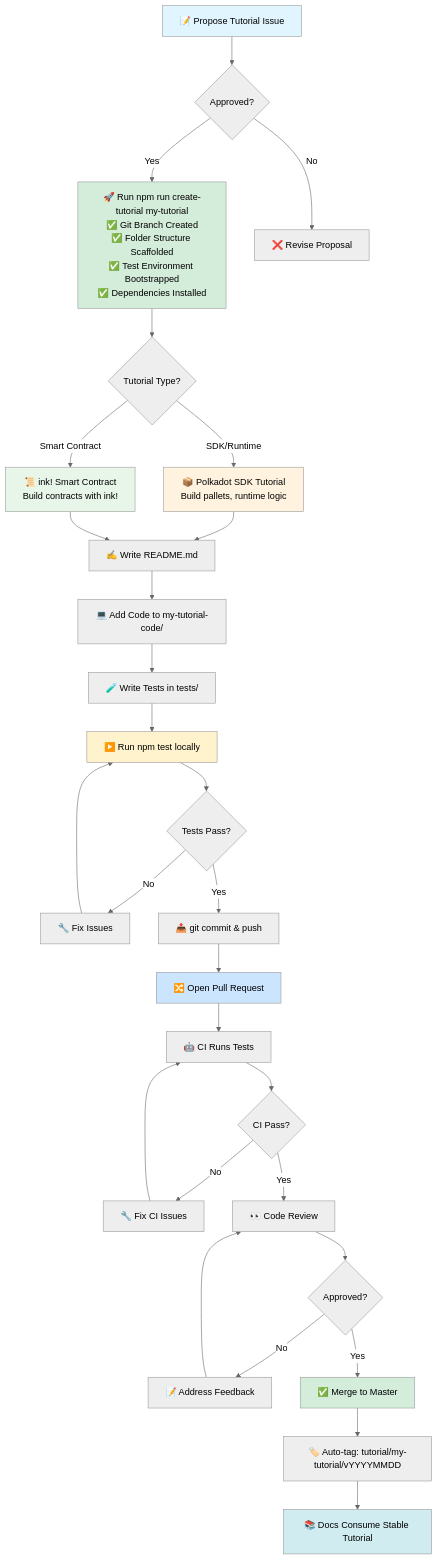
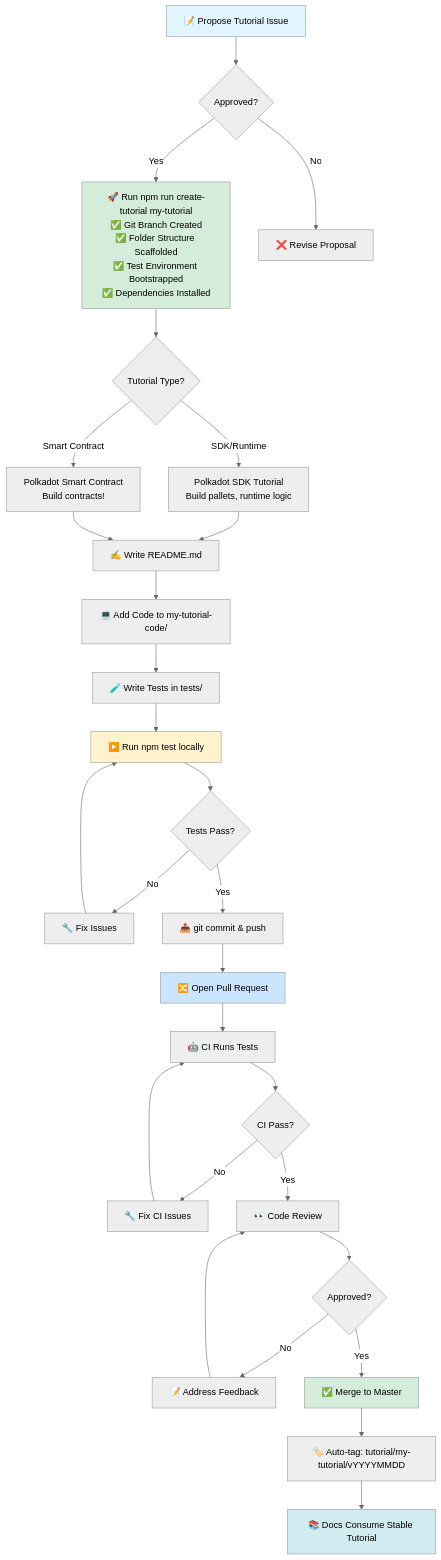
The diagram in .github/TUTORIAL_WORKFLOW.md (polkadot-developers/polkadot-cookbook), drawn with Mermaid (neutral theme) before and after one commit.

Commit message:
upade workflow

````diff
--- a/.github/TUTORIAL_WORKFLOW.md
+++ b/.github/TUTORIAL_WORKFLOW.md
@@ -5,45 +5,43 @@
 ```mermaid
 graph TD
     A[📝 Propose Tutorial Issue] --> B{Approved?}
     B -->|Yes| C["🚀 Run npm run create-tutorial my-tutorial<br/>✅ Git Branch Created<br/>✅ Folder Structure Scaffolded<br/>✅ Test Environment Bootstrapped<br/>✅ Dependencies Installed"]
     B -->|No| Z[❌ Revise Proposal]
 
     C --> TT{Tutorial Type?}
-    TT -->|SDK/Runtime| SDK[📦 Polkadot SDK Tutorial<br/>Build pallets, runtime logic]
-    TT -->|Smart Contract| SC[📜 ink! Smart Contract<br/>Build contracts with ink!]
+    TT -->|SDK/Runtime| SDK[ Polkadot SDK Tutorial<br/>Build pallets, runtime logic]
+    TT -->|Smart Contract| SC[Polkadot Smart Contract<br/>Build contracts!]
 
     SDK --> H[✍️ Write README.md]
     SC --> H
     H --> I[💻 Add Code to my-tutorial-code/]
     I --> J[🧪 Write Tests in tests/]
 
     J --> K[▶️ Run npm test locally]
     K --> L{Tests Pass?}
     L -->|No| M[🔧 Fix Issues]
     M --> K
     L -->|Yes| N[📤 git commit & push]
 
     N --> O[🔀 Open Pull Request]
     O --> P[🤖 CI Runs Tests]
     P --> Q{CI Pass?}
     Q -->|No| R[🔧 Fix CI Issues]
     R --> P
     Q -->|Yes| S[👀 Code Review]
 
     S --> T{Approved?}
     T -->|No| U[📝 Address Feedback]
     U --> S
     T -->|Yes| V[✅ Merge to Master]
 
     V --> W[🏷️ Auto-tag: tutorial/my-tutorial/vYYYYMMDD]
     W --> X[📚 Docs Consume Stable Tutorial]
 
     style A fill:#e1f5ff
     style C fill:#d4edda
-    style SDK fill:#fff3e0
-    style SC fill:#e8f5e9
     style K fill:#fff3cd
     style O fill:#cce5ff
     style V fill:#d4edda
     style X fill:#d1ecf1
 ```
````
